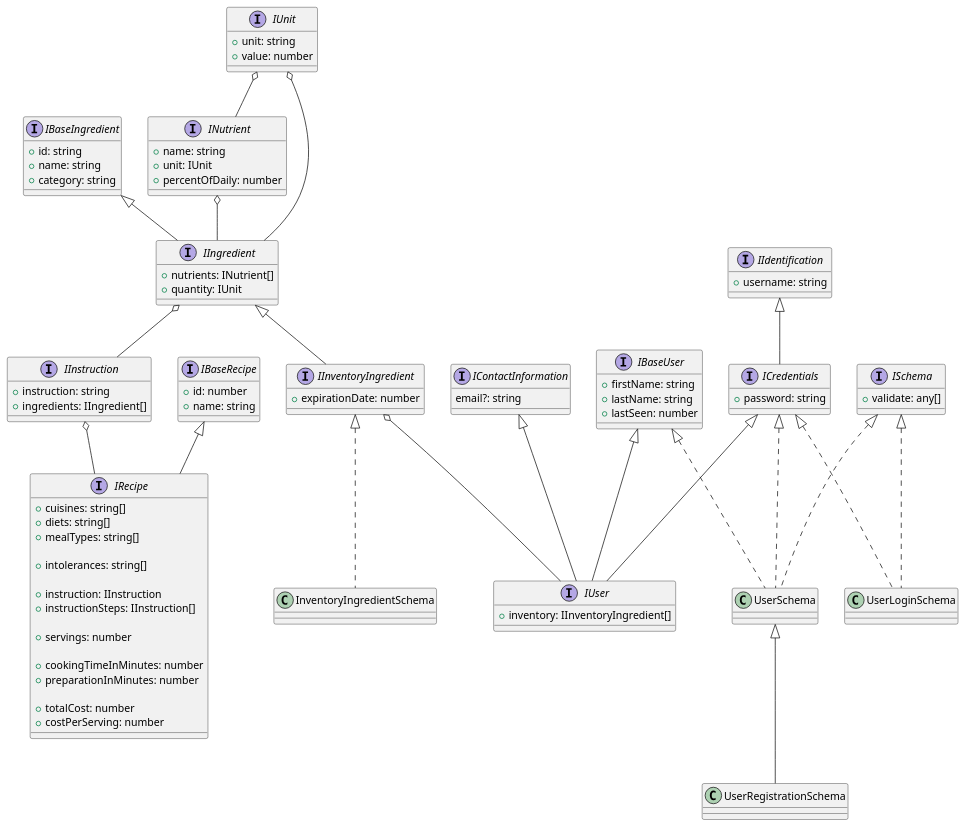
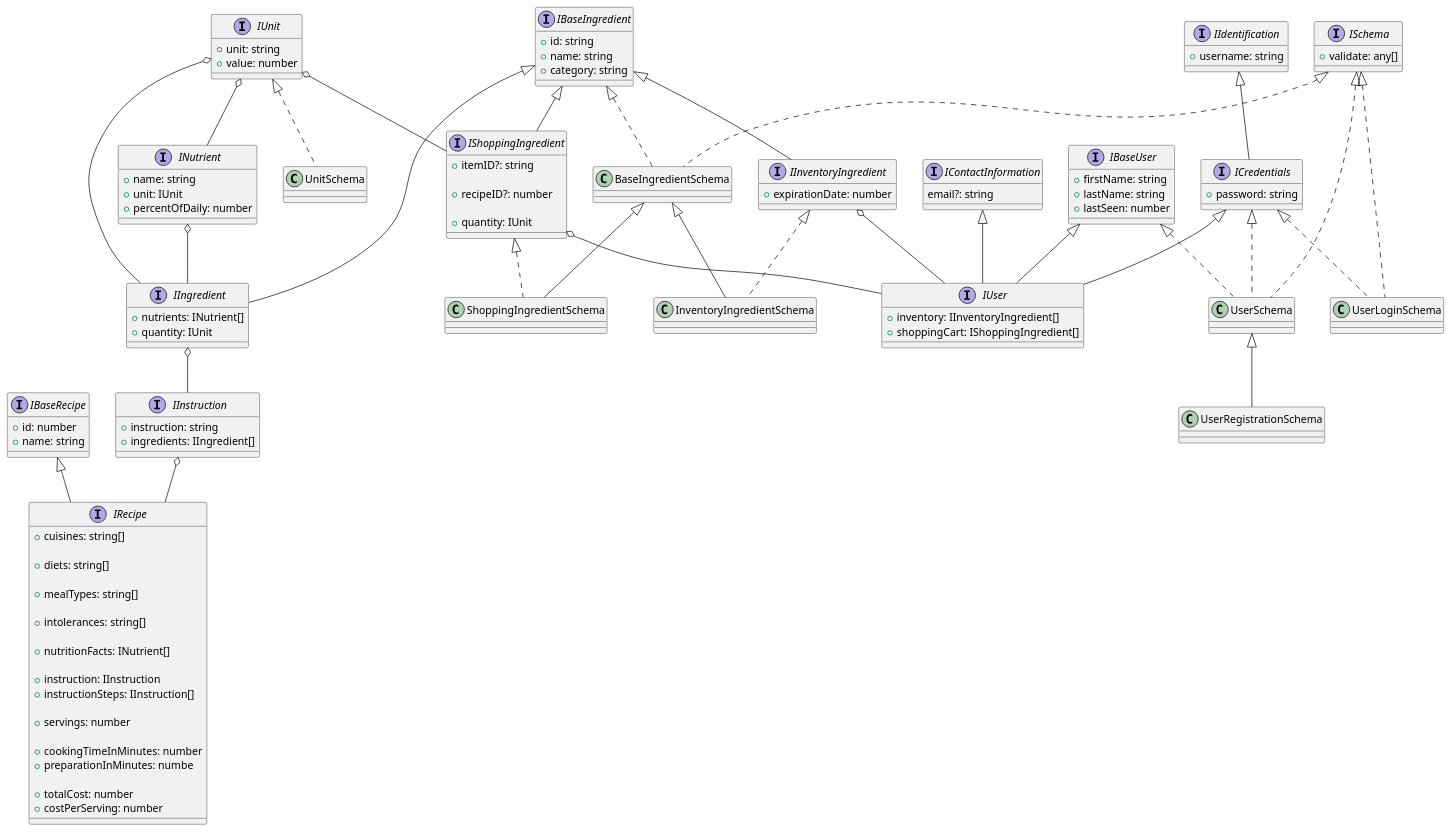
Before and after one commit to COP4331-LargeGroupProject-Fall22/backend: the diagram in DataModel.puml, drawn with PlantUML. The commit also changed 5 other files, not shown here.

```diff
--- a/DataModel.puml
+++ b/DataModel.puml
@@ -1,99 +1,118 @@
 @startuml
 
 interface IBaseRecipe {
     + id: number
     + name: string
 }
 
 interface IRecipe extends IBaseRecipe {
     + cuisines: string[]
+
     + diets: string[] 
+    
     + mealTypes: string[]
-
+    
     + intolerances: string[]
-
+    
+    + nutritionFacts: INutrient[]
+    
     + instruction: IInstruction
     + instructionSteps: IInstruction[]
     
     + servings: number
     
     + cookingTimeInMinutes: number
-    + preparationInMinutes: number
+    + preparationInMinutes: numbe
     
     + totalCost: number
     + costPerServing: number
 }
 
 IInstruction o-- IRecipe
 
 interface IInstruction {
     + instruction: string
     + ingredients: IIngredient[]
 }
 
 IIngredient o-- IInstruction
 
 interface IBaseUser {
     + firstName: string
     + lastName: string
     + lastSeen: number
 }
 
 interface IIdentification {
     + username: string
 }
 
 interface IContactInformation {
     email?: string
 }
 
 interface ICredentials extends IIdentification {
     + password: string
 }
 
 interface IBaseIngredient {
     + id: string
     + name: string
     + category: string
 }
 
 interface IIngredient extends IBaseIngredient {
     + nutrients: INutrient[]
     + quantity: IUnit
 }
 
 IUnit o-- IIngredient
 
-interface IInventoryIngredient extends IIngredient {
+interface IInventoryIngredient extends IBaseIngredient {
     + expirationDate: number
 }
+
+interface IShoppingIngredient extends IBaseIngredient {
+    + itemID?: string
+
+    + recipeID?: number
+    
+    + quantity: IUnit
+}
+
+IUnit o-- IShoppingIngredient
 
 interface INutrient {
     + name: string
     + unit: IUnit
     + percentOfDaily: number
 }
 
 interface IUnit {
     + unit: string
     + value: number
 }
 
 interface IUser extends IBaseUser, ICredentials, IContactInformation {
     + inventory: IInventoryIngredient[]
+    + shoppingCart: IShoppingIngredient[]
 }
 
 interface ISchema {
     + validate: any[]
 }
 
+class BaseIngredientSchema implements IBaseIngredient, ISchema {}
+class InventoryIngredientSchema extends BaseIngredientSchema implements IInventoryIngredient {}
+class ShoppingIngredientSchema extends BaseIngredientSchema implements IShoppingIngredient {}
+class UnitSchema implements IUnit {}
 class UserLoginSchema implements ICredentials, ISchema {}
 class UserRegistrationSchema extends UserSchema {}
-class UserSchema implements ICredentials, IBaseUser, ISchema {}
-class InventoryIngredientSchema implements IInventoryIngredient {}
+class UserSchema implements ISchema, IBaseUser, ICredentials {}
 
 IInventoryIngredient o-- IUser
+IShoppingIngredient o-- IUser
 INutrient o-- IIngredient
 IUnit o-- INutrient
 
 @enduml
```
